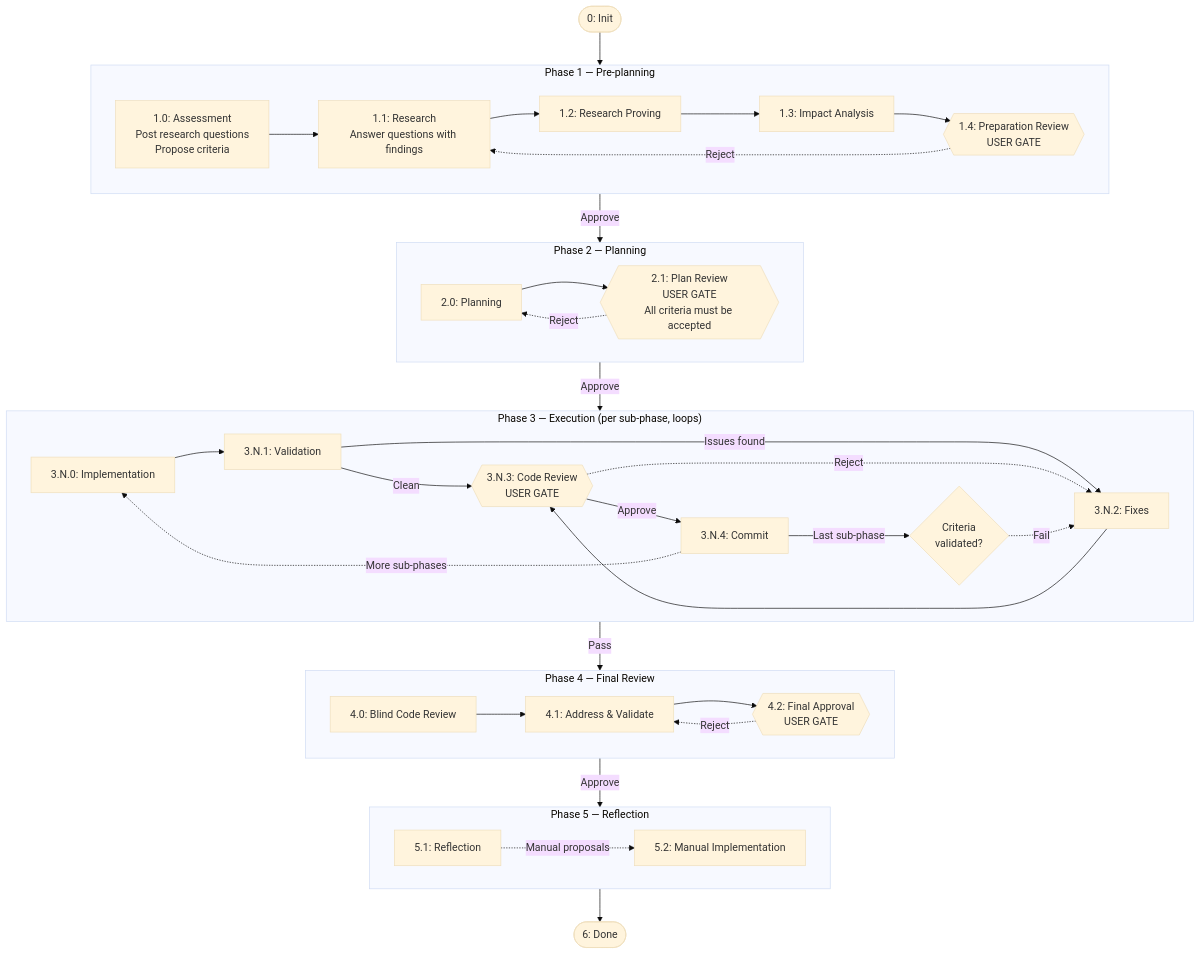
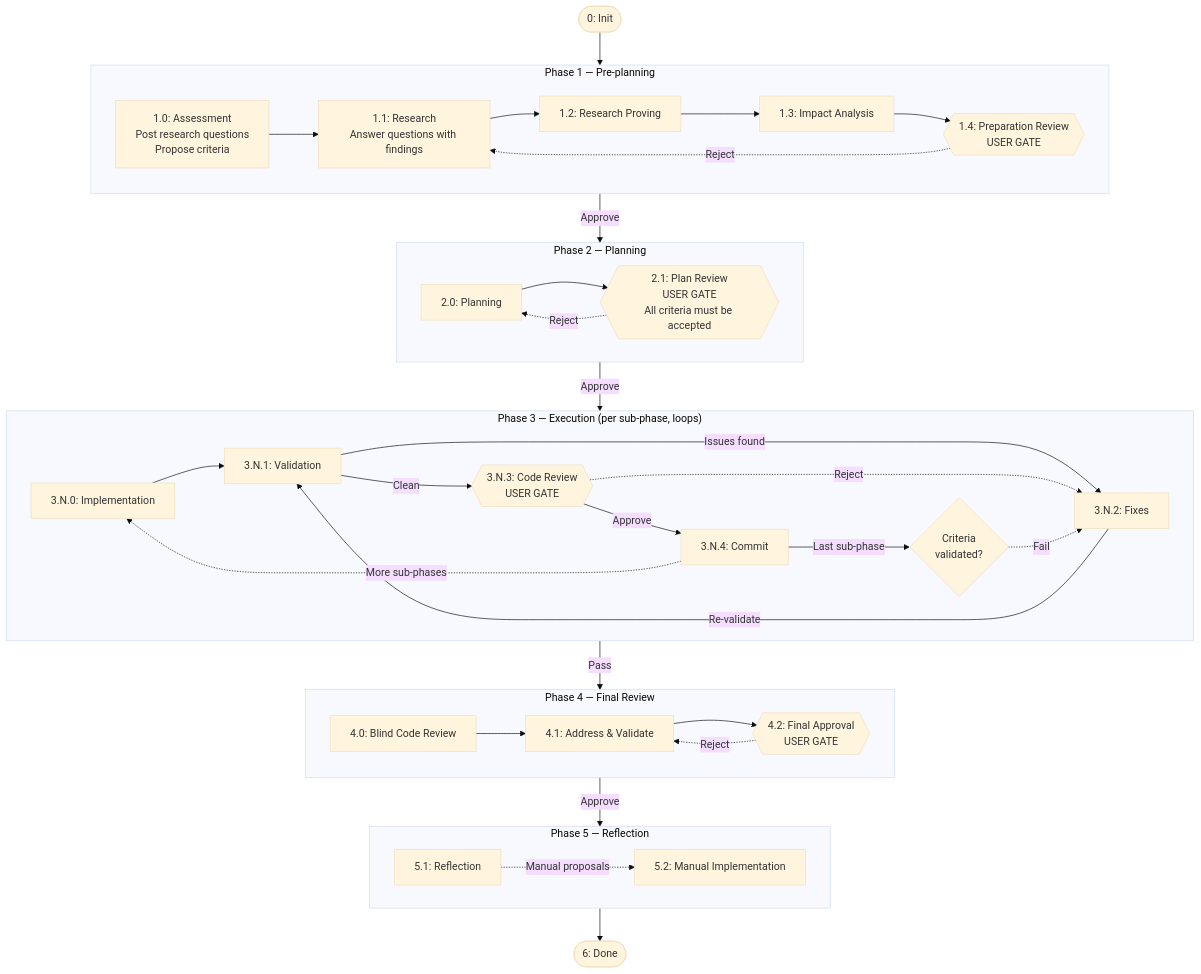
Before and after one commit to IgnatRozhkoTR/governed-workflow: the diagram in README.md, drawn with Mermaid (base theme). The commit also changed 8 other files, not shown here.

````diff
--- a/README.md
+++ b/README.md
@@ -11,49 +11,49 @@
 ```mermaid
 flowchart TB
     Start([0: Init])
 
     subgraph P1["Phase 1 — Pre-planning"]
         direction LR
         A["1.0: Assessment<br/>Post research questions<br/>Propose criteria"] --> R["1.1: Research<br/>Answer questions with findings"] --> RP["1.2: Research Proving"] --> IA["1.3: Impact Analysis"] --> G1{{"1.4: Preparation Review<br/>USER GATE"}}
         G1 -.->|Reject| R
     end
 
     subgraph P2["Phase 2 — Planning"]
         direction LR
         PL["2.0: Planning"] --> G2{{"2.1: Plan Review<br/>USER GATE<br/>All criteria must be accepted"}}
         G2 -.->|Reject| PL
     end
 
     subgraph P3["Phase 3 — Execution (per sub-phase, loops)"]
         direction LR
         IM["3.N.0: Implementation"] --> V["3.N.1: Validation"]
         V -->|Clean| G3{{"3.N.3: Code Review<br/>USER GATE"}}
         V -->|Issues found| F["3.N.2: Fixes"]
-        F --> G3
+        F -->|Re-validate| V
         G3 -->|Approve| C["3.N.4: Commit"]
         G3 -.->|Reject| F
         C -.->|More sub-phases| IM
         C -->|Last sub-phase| CV{"Criteria<br/>validated?"}
         CV -.->|Fail| F
     end
 
     subgraph P4["Phase 4 — Final Review"]
         direction LR
         BR["4.0: Blind Code Review"] --> AV["4.1: Address & Validate"] --> G4{{"4.2: Final Approval<br/>USER GATE"}}
         G4 -.->|Reject| AV
     end
 
     subgraph P5["Phase 5 — Reflection"]
         direction LR
         REF["5.1: Reflection"] -.->|Manual proposals| MI["5.2: Manual Implementation"]
     end
 
     Finish([6: Done])
 
     Start --> P1
     P1 -->|Approve| P2
     P2 -->|Approve| P3
     P3 -->|Pass| P4
     P4 -->|Approve| P5
     P5 --> Finish
 ```
````
